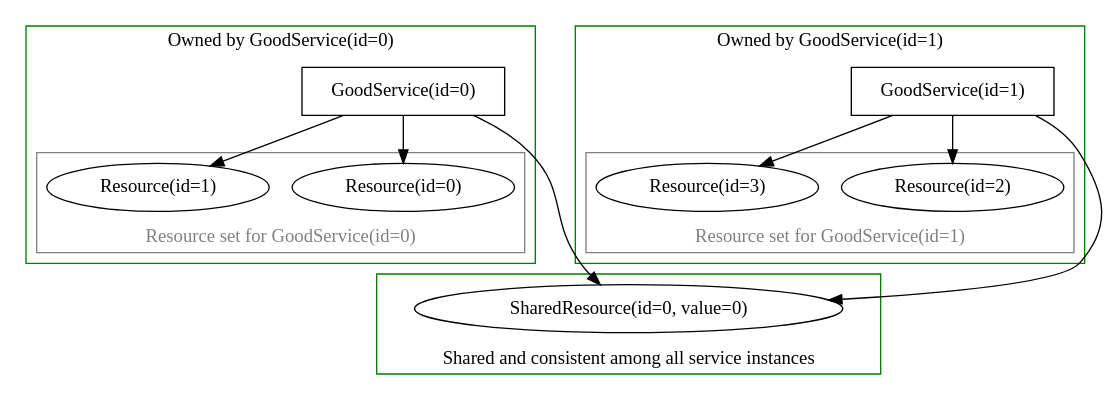
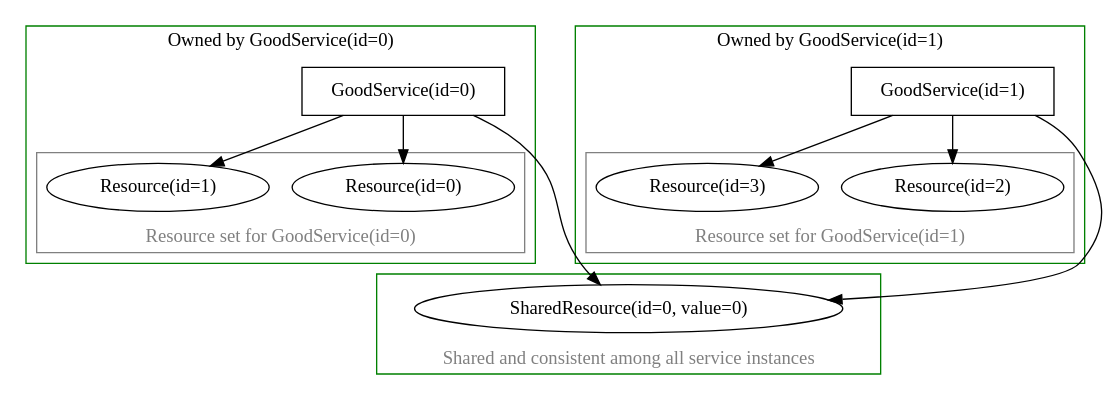
The first of 5 diagrams in docs/resource_sets.rst (inmanta/inmanta-core), drawn with Graphviz before and after one commit. The commit also changed other lines of this file, not shown here.

Commit message:
font color

```diff
--- a/docs/resource_sets.rst
+++ b/docs/resource_sets.rst
@@ -115,40 +115,41 @@
 .. digraph:: resource_sets_good
     :caption: A good service for partial compiles.
 
     subgraph cluster_service_good0 {
         "GoodService(id=0)" [shape=rectangle];
         "GoodService(id=0)" -> subgraph cluster_resources_good0 {
             "Resource(id=0)";
             "Resource(id=1)";
             color = "grey";
             fontcolor = "grey";
             label = "Resource set for GoodService(id=0)";
             labelloc = "bottom";
         }
         label = "Owned by GoodService(id=0)";
         labelloc = "top";
         color="green";
     }
     subgraph cluster_service_good1 {
         "GoodService(id=1)" [shape=rectangle];
         "GoodService(id=1)" -> subgraph cluster_resources_good1 {
             "Resource(id=2)";
             "Resource(id=3)";
             color = "grey";
             fontcolor = "grey";
             label = "Resource set for GoodService(id=1)";
             labelloc = "bottom";
         }
         label = "Owned by GoodService(id=1)";
         labelloc = "top";
         color="green";
     }
     { "GoodService(id=0)" "GoodService(id=1)" } -> subgraph cluster_resources_good_shared {
         "SharedResource(id=0, value=0)";
+        color="green";
+        fontcolor="grey";
         label = "Shared and consistent among all service instances";
         labelloc = "bottom";
-        color="green";
     }
 
     # force rendering on multiple ranks
     {"Resource(id=0)" "Resource(id=1)" "Resource(id=2)" "Resource(id=3)"} -> "SharedResource(id=0, value=0)" [style="invis"]
```
